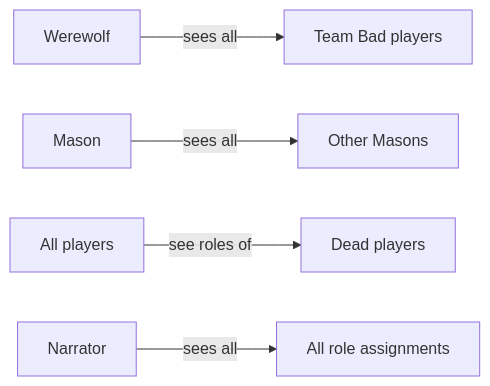
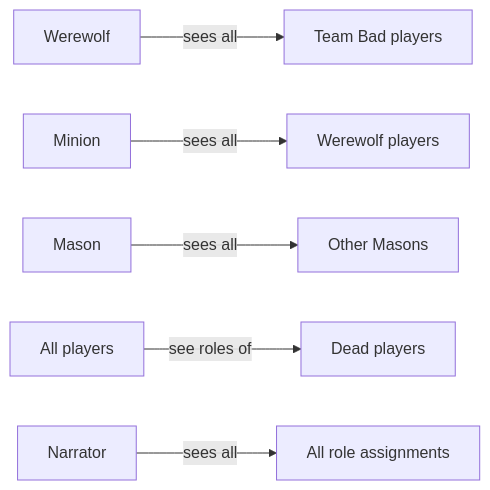
One commit to rmartz/hidden-role-game changed the first of 2 diagrams in docs/werewolf/roles.md. Above: the diagram before and after it, drawn with Mermaid. The commit also changed other lines of this file and 3 other files, not shown here.

First line of the commit message:
Update werewolf docs for all implemented roles and features

````diff
--- a/docs/werewolf/roles.md
+++ b/docs/werewolf/roles.md
@@ -69,7 +94,8 @@
 ```mermaid
 graph LR
     WW[Werewolf] -->|sees all| Bad[Team Bad players]
+    Minion -->|sees all| WWs[Werewolf players]
     Mason -->|sees all| Masons[Other Masons]
     All[All players] -->|see roles of| Dead[Dead players]
     Narrator -->|sees all| Assignments[All role assignments]
 ```
````
